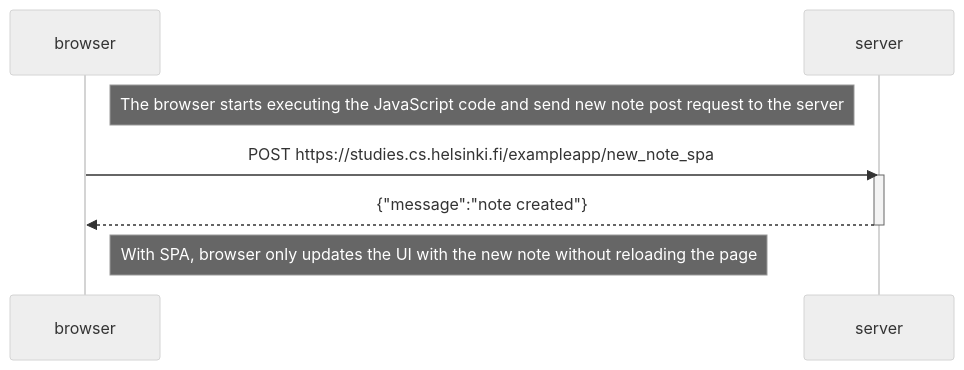
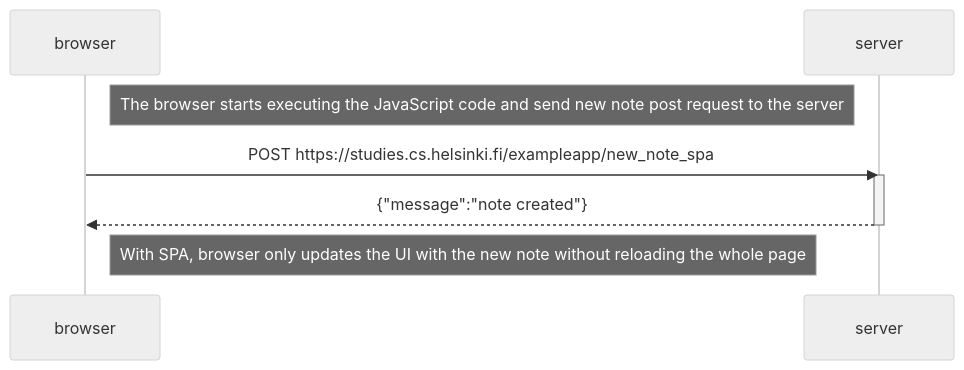
Before and after one commit to Cathykk9644/full-stack-open-mooc: the diagram in Part0/0.6_New-note-in-Single-page-app-diagram.md, drawn with Mermaid (neutral theme).

Commit message:
Minor update on exercise 0.6

````diff
--- a/Part0/0.6_New-note-in-Single-page-app-diagram.md
+++ b/Part0/0.6_New-note-in-Single-page-app-diagram.md
@@ -3,14 +3,14 @@
 ```mermaid
 sequenceDiagram
     participant browser
     participant server
 
     Note right of browser: The browser starts executing the JavaScript code and send new note post request to the server
 
     browser->>server: POST https://studies.cs.helsinki.fi/exampleapp/new_note_spa
     activate server
     server-->>browser: {"message":"note created"}
     deactivate server
 
-    Note right of browser: With SPA, browser only updates the UI with the new note without reloading the page
+    Note right of browser: With SPA, browser only updates the UI with the new note without reloading the whole page
 ```
````
